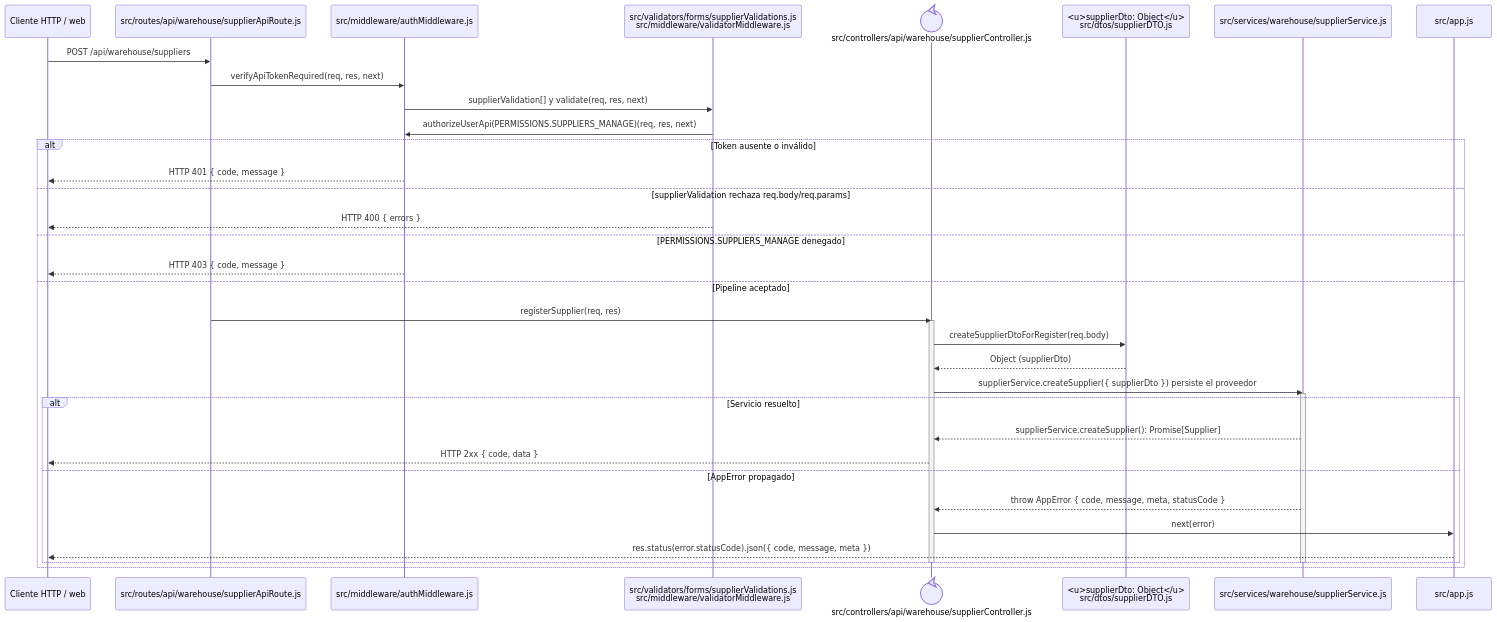
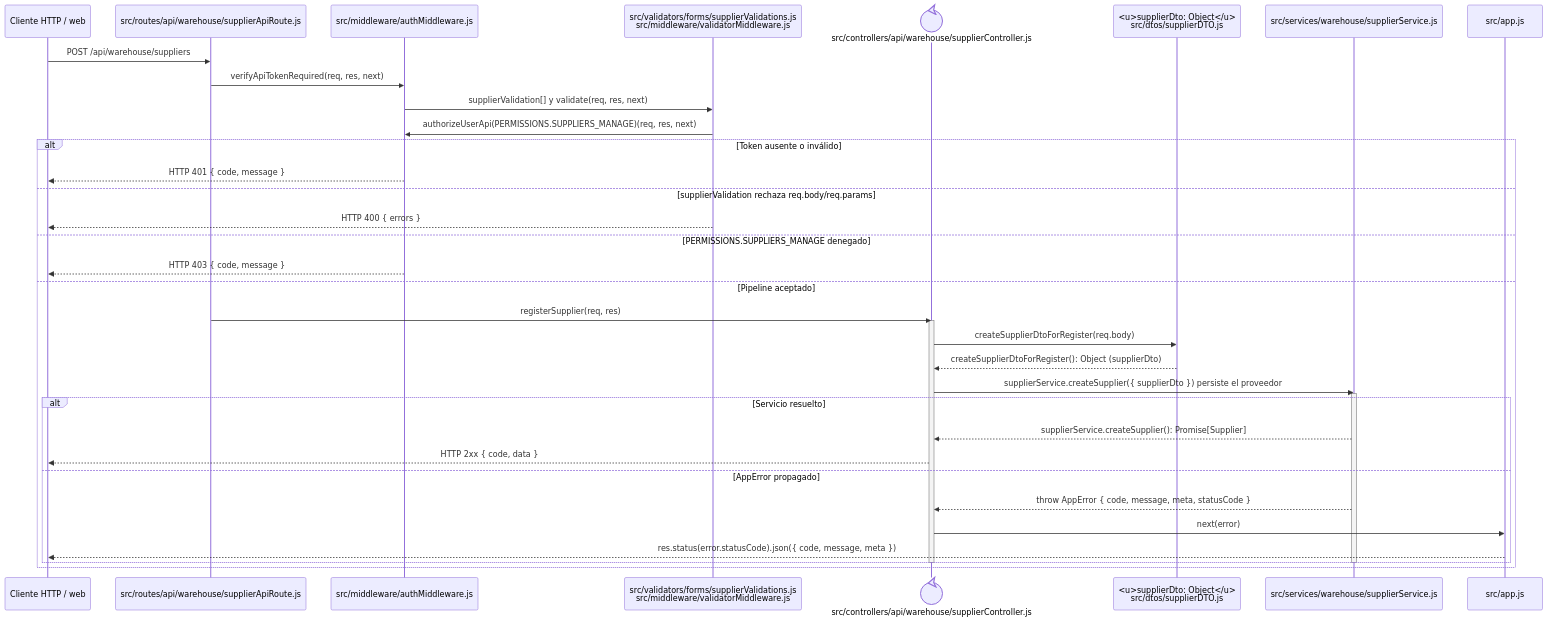
Before and after one commit to gpgsistemas01/nexus: the diagram in docs/architecture/backend-code-sequences/catalogs/cu-cat-02.md, drawn with Mermaid. The commit also changed 50 other files, not shown here.

Commit message:
docs: separar llamadas en diagramas de secuencia

````diff
--- a/docs/architecture/backend-code-sequences/catalogs/cu-cat-02.md
+++ b/docs/architecture/backend-code-sequences/catalogs/cu-cat-02.md
@@ -10,40 +10,40 @@
 ```mermaid
 sequenceDiagram
     participant Client as Cliente HTTP / web
     participant Route as src/routes/api/warehouse/supplierApiRoute.js
     participant Auth as src/middleware/authMiddleware.js
     participant Validator as src/validators/forms/supplierValidations.js<br/>src/middleware/validatorMiddleware.js
     participant Controller@{ "type": "control" } as src/controllers/api/warehouse/supplierController.js
     participant SupplierDto as <u>supplierDto: Object</u><br/>src/dtos/supplierDTO.js
     participant Domain as src/services/warehouse/supplierService.js
     participant ErrorHandler as src/app.js
 
     Client->>Route: POST /api/warehouse/suppliers
     Route->>Auth: verifyApiTokenRequired(req, res, next)
     Auth->>Validator: supplierValidation[] y validate(req, res, next)
     Validator->>Auth: authorizeUserApi(PERMISSIONS.SUPPLIERS_MANAGE)(req, res, next)
     alt Token ausente o inválido
         Auth-->>Client: HTTP 401 { code, message }
     else supplierValidation rechaza req.body/req.params
         Validator-->>Client: HTTP 400 { errors }
     else PERMISSIONS.SUPPLIERS_MANAGE denegado
         Auth-->>Client: HTTP 403 { code, message }
     else Pipeline aceptado
         Route->>Controller: registerSupplier(req, res)
         activate Controller
         Controller->>SupplierDto: createSupplierDtoForRegister(req.body)
-        SupplierDto-->>Controller: Object (supplierDto)
+        SupplierDto-->>Controller: createSupplierDtoForRegister(): Object (supplierDto)
         Controller->>Domain: supplierService.createSupplier({ supplierDto }) persiste el proveedor
         activate Domain
         alt Servicio resuelto
             Domain-->>Controller: supplierService.createSupplier(): Promise[Supplier]
             Controller-->>Client: HTTP 2xx { code, data }
         else AppError propagado
             Domain-->>Controller: throw AppError { code, message, meta, statusCode }
             Controller->>ErrorHandler: next(error)
             ErrorHandler-->>Client: res.status(error.statusCode).json({ code, message, meta })
         end
         deactivate Domain
         deactivate Controller
     end
 ```
````
